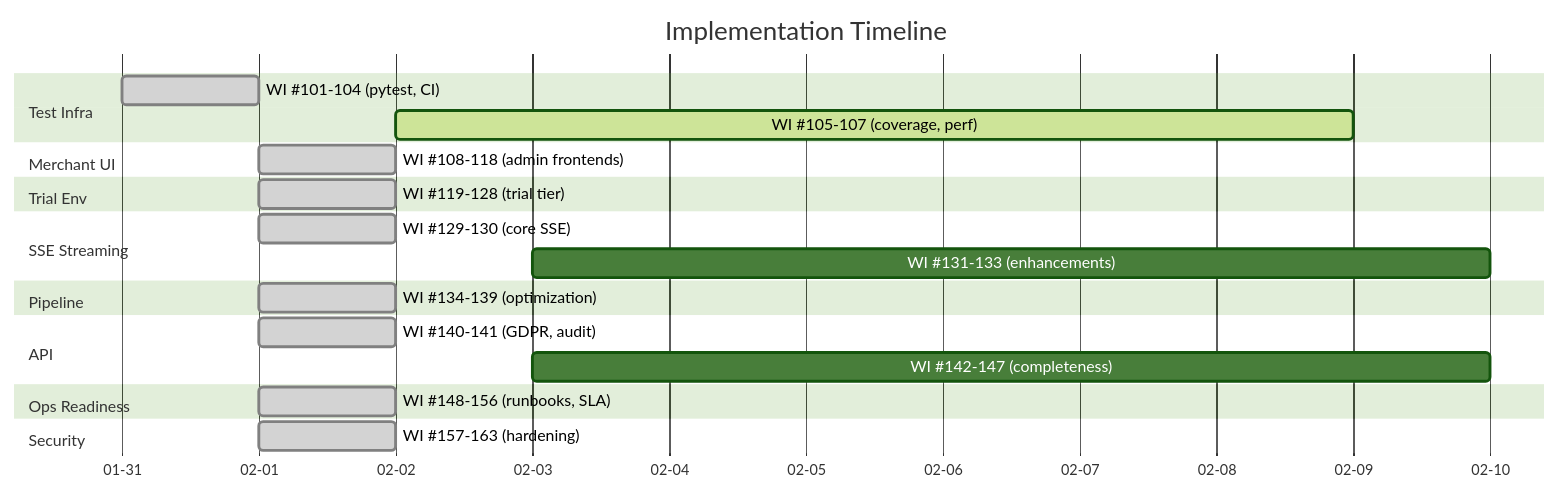
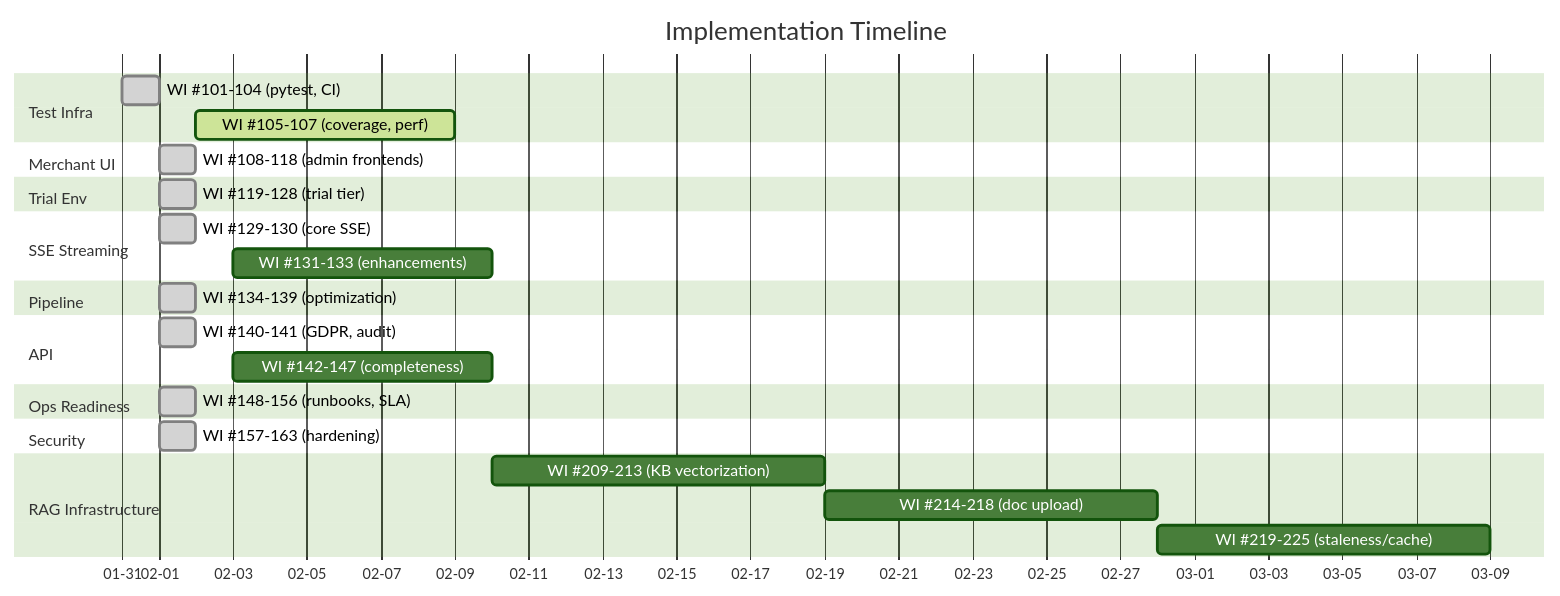
Before and after one commit to Remaker-Digital/groundtruth-kb: the second of 3 diagrams in docs/BACKLOG-NEW-WORK-ITEMS.md, drawn with Mermaid (forest theme). The commit also changed other lines of this file and 2 other files, not shown here.

First line of the commit message:
WI #209-225: RAG infrastructure gap analysis + 17 new work items

````diff
--- a/docs/BACKLOG-NEW-WORK-ITEMS.md
+++ b/docs/BACKLOG-NEW-WORK-ITEMS.md
@@ -22,33 +22,38 @@
 ```mermaid
 gantt
     title Implementation Timeline
     dateFormat YYYY-MM-DD
     axisFormat %m-%d
 
     section Test Infra
     WI #101-104 (pytest, CI)       :done, 2026-01-31, 1d
     WI #105-107 (coverage, perf)   :active, 2026-02-02, 7d
 
     section Merchant UI
     WI #108-118 (admin frontends)  :done, 2026-02-01, 1d
 
     section Trial Env
     WI #119-128 (trial tier)       :done, 2026-02-01, 1d
 
     section SSE Streaming
     WI #129-130 (core SSE)         :done, 2026-02-01, 1d
     WI #131-133 (enhancements)     :2026-02-03, 7d
 
     section Pipeline
     WI #134-139 (optimization)     :done, 2026-02-01, 1d
 
     section API
     WI #140-141 (GDPR, audit)      :done, 2026-02-01, 1d
     WI #142-147 (completeness)     :2026-02-03, 7d
 
     section Ops Readiness
     WI #148-156 (runbooks, SLA)    :done, 2026-02-01, 1d
 
     section Security
     WI #157-163 (hardening)        :done, 2026-02-01, 1d
+
+    section RAG Infrastructure
+    WI #209-213 (KB vectorization) :2026-02-10, 9d
+    WI #214-218 (doc upload)       :2026-02-19, 9d
+    WI #219-225 (staleness/cache)  :2026-02-28, 9d
 ```
````
